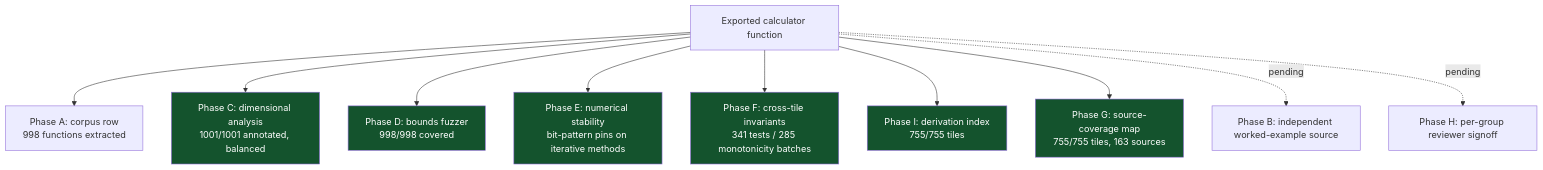
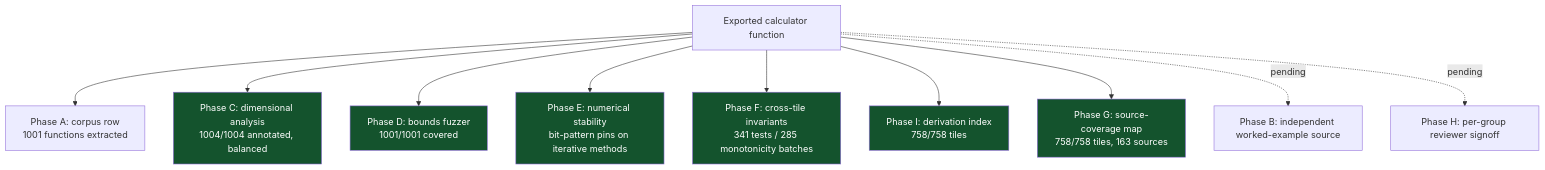
One commit to clay-good/roughlogic.com changed the sixth of 8 diagrams in README.md. Above: the diagram before and after it, drawn with Mermaid. The commit also changed other lines of this file and 19 other files, not shown here.

````diff
--- a/README.md
+++ b/README.md
@@ -519,18 +519,18 @@
 ```mermaid
 flowchart TB
-    F[Exported calculator function] --> A[Phase A: corpus row\n998 functions extracted]
-    F --> C[Phase C: dimensional analysis\n1001/1001 annotated, balanced]
-    F --> D[Phase D: bounds fuzzer\n998/998 covered]
+    F[Exported calculator function] --> A[Phase A: corpus row\n1001 functions extracted]
+    F --> C[Phase C: dimensional analysis\n1004/1004 annotated, balanced]
+    F --> D[Phase D: bounds fuzzer\n1001/1001 covered]
     F --> E[Phase E: numerical stability\nbit-pattern pins on iterative methods]
     F --> Fa[Phase F: cross-tile invariants\n341 tests / 285 monotonicity batches]
-    F --> I[Phase I: derivation index\n755/755 tiles]
-    F --> G[Phase G: source-coverage map\n755/755 tiles, 163 sources]
+    F --> I[Phase I: derivation index\n758/758 tiles]
+    F --> G[Phase G: source-coverage map\n758/758 tiles, 163 sources]
     F -.pending.-> B[Phase B: independent worked-example source]
     F -.pending.-> H[Phase H: per-group reviewer signoff]
     style C fill:#14532d,color:#fff
     style D fill:#14532d,color:#fff
     style E fill:#14532d,color:#fff
     style Fa fill:#14532d,color:#fff
     style G fill:#14532d,color:#fff
     style I fill:#14532d,color:#fff
 ```
````
